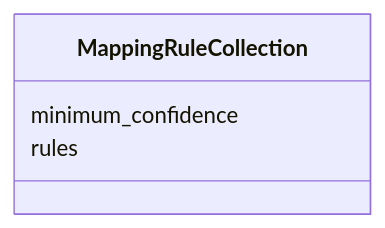
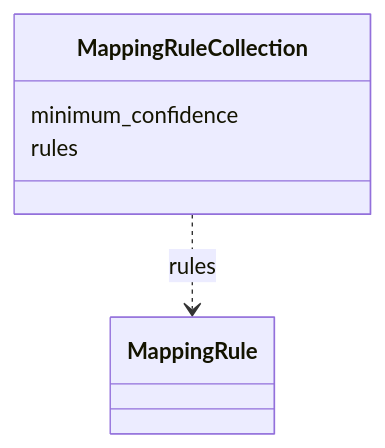
Before and after one commit to INCATools/ontology-access-kit: the diagram in mapping-rules/MappingRuleCollection.md, drawn with Mermaid. The commit also changed other lines of this file and 1783 other files, not shown here.

````diff
--- a/mapping-rules/MappingRuleCollection.md
+++ b/mapping-rules/MappingRuleCollection.md
@@ -11,7 +11,11 @@
 ```{mermaid}
  classDiagram
     class MappingRuleCollection
       MappingRuleCollection : minimum_confidence
+        
       MappingRuleCollection : rules
+        
+          MappingRuleCollection ..> MappingRule : rules
+        
       
 ```
````
